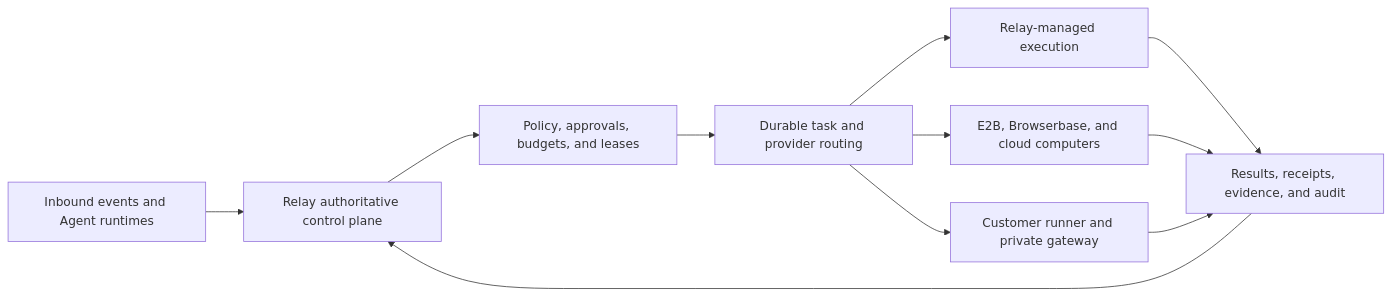
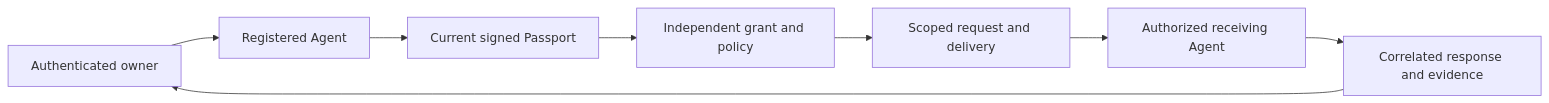
Before and after one commit to jaydubya818/relay: the diagram in README.md, drawn with Mermaid. The commit also changed other lines of this file, not shown here.

First line of the commit message:
Document current Relay identity, messaging and release boundaries (#33)

````diff
--- a/README.md
+++ b/README.md
@@ -57,13 +48,10 @@
 ```mermaid
 flowchart LR
-    Sources[Inbound events and Agent runtimes] --> Control[Relay authoritative control plane]
-    Control --> Policy[Policy, approvals, budgets, and leases]
-    Policy --> Router[Durable task and provider routing]
-    Router --> Managed[Relay-managed execution]
-    Router --> External[E2B, Browserbase, and cloud computers]
-    Router --> Runner[Customer runner and private gateway]
-    Managed --> Evidence[Results, receipts, evidence, and audit]
-    External --> Evidence
-    Runner --> Evidence
-    Evidence --> Control
+  Owner[Authenticated owner] --> Agent[Registered Agent]
+  Agent --> Passport[Current signed Passport]
+  Passport --> Authority[Independent grant and policy]
+  Authority --> Delivery[Scoped request and delivery]
+  Delivery --> Peer[Authorized receiving Agent]
+  Peer --> Result[Correlated response and evidence]
+  Result --> Owner
 ```
````
